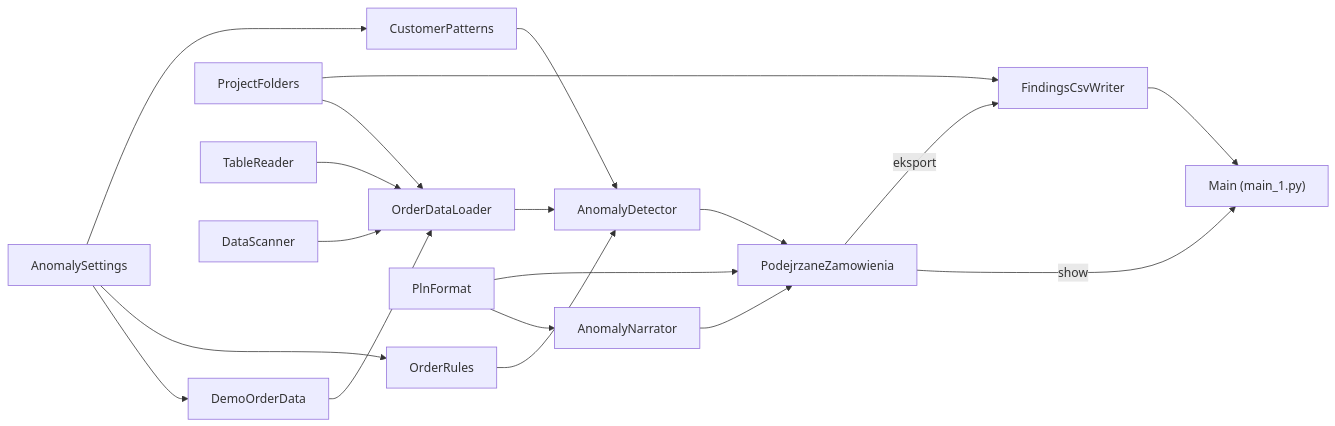
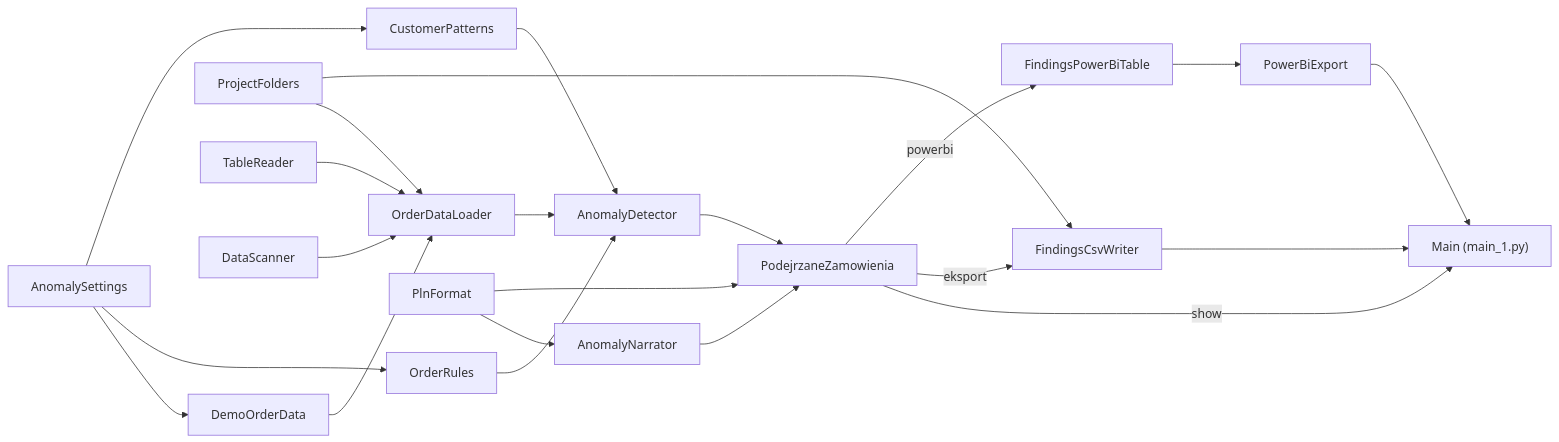
Before and after one commit to ATSP5/CatNipPodejrzaneZamowienia: the diagram in README.md, drawn with Mermaid. The commit also changed other lines of this file and 10 other files, not shown here.

Commit message:
Power BI export added

````diff
--- a/README.md
+++ b/README.md
@@ -122,21 +143,24 @@
 ```mermaid
 flowchart LR
     S[AnomalySettings] --> D[DemoOrderData]
     S --> R[OrderRules]
     S --> CP[CustomerPatterns]
     F[ProjectFolders] --> L[OrderDataLoader]
     T[TableReader] --> L
     D --> L
     DS[DataScanner] --> L
     L --> A[AnomalyDetector]
     R --> A
     CP --> A
     PF[PlnFormat] --> N[AnomalyNarrator]
     A --> P[PodejrzaneZamowienia]
     N --> P
     PF --> P
     P -- show --> M["Main (main_1.py)"]
     P -- eksport --> W[FindingsCsvWriter]
     F --> W
     W --> M
+    P -- powerbi --> PT[FindingsPowerBiTable]
+    PT --> PB[PowerBiExport]
+    PB --> M
 ```
````
